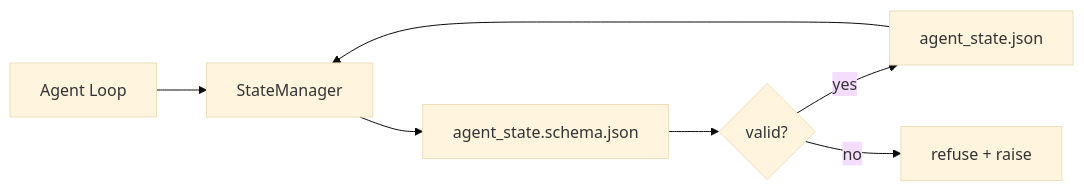
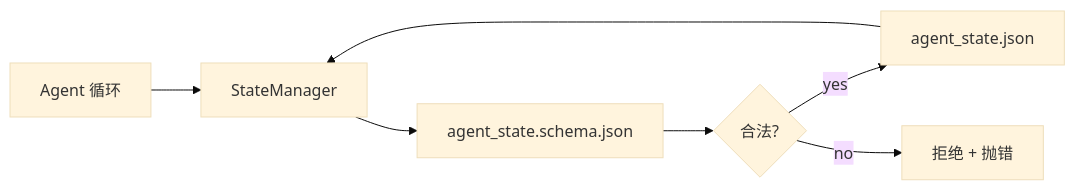
The diagram in phases/14-agent-engineering/34-repo-memory-and-state/docs/zh.md (alessandrodinisio-ai/ai-engineering-learning-framework), drawn with Mermaid (base theme) before and after one commit. The commit also changed 120 other files, not shown here.

First line of the commit message:
i18n(mermaid): 337 个 mermaid 图表标签中文化

````diff
--- a/phases/14-agent-engineering/34-repo-memory-and-state/docs/zh.md
+++ b/phases/14-agent-engineering/34-repo-memory-and-state/docs/zh.md
@@ -25,9 +25,9 @@
 ```mermaid
 flowchart LR
-  Agent[Agent Loop] --> Manager[StateManager]
+  Agent[Agent 循环] --> Manager[StateManager]
   Manager --> Schema[agent_state.schema.json]
-  Schema --> Validate{valid?}
+  Schema --> Validate{合法?}
   Validate -- yes --> Write[agent_state.json]
-  Validate -- no --> Reject[refuse + raise]
+  Validate -- no --> Reject[拒绝 + 抛错]
   Write --> Manager
 ```
````
